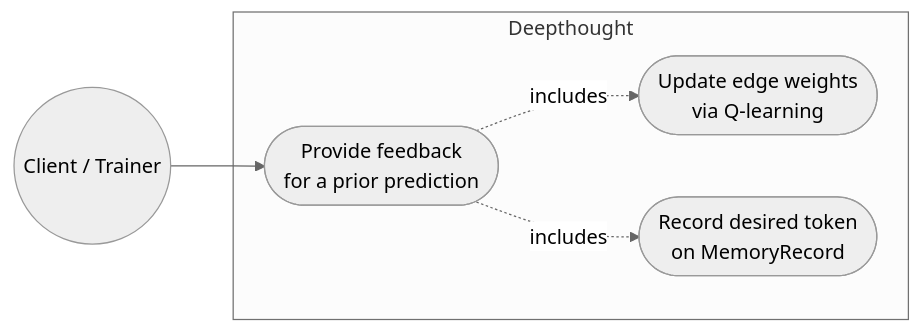
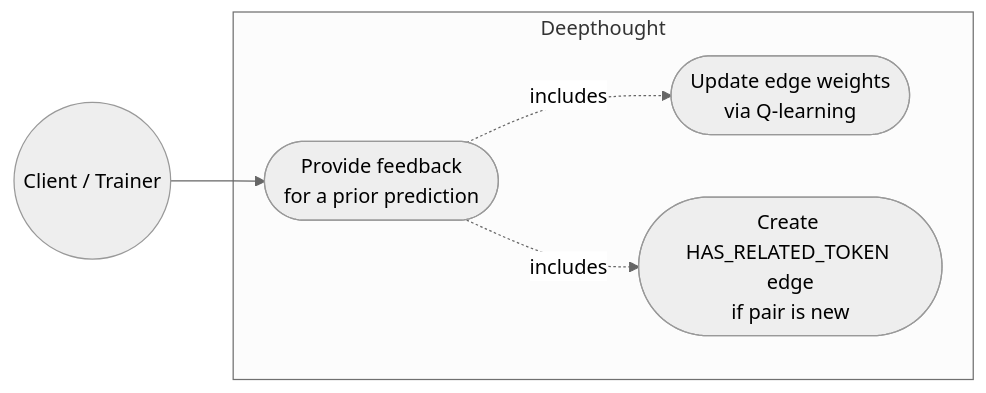
One commit to brandonkindred/Deepthought changed the second of 7 diagrams in LEARN_ENDPOINT.md. Above: the diagram before and after it, drawn with Mermaid (neutral theme). The commit also changed other lines of this file, not shown here.

First line of the commit message:
docs: stop documenting DESIRED_TOKEN as persisted by /rl/learn

````diff
--- a/LEARN_ENDPOINT.md
+++ b/LEARN_ENDPOINT.md
@@ -95,12 +95,12 @@
 ```mermaid
 flowchart LR
     actor((Client / Trainer))
     subgraph Deepthought
         uc1(["Provide feedback<br/>for a prior prediction"])
         uc2(["Update edge weights<br/>via Q-learning"])
-        uc3(["Record desired token<br/>on MemoryRecord"])
+        uc3(["Create HAS_RELATED_TOKEN edge<br/>if pair is new"])
     end
     actor --> uc1
     uc1 -. includes .-> uc2
     uc1 -. includes .-> uc3
 ```
````
